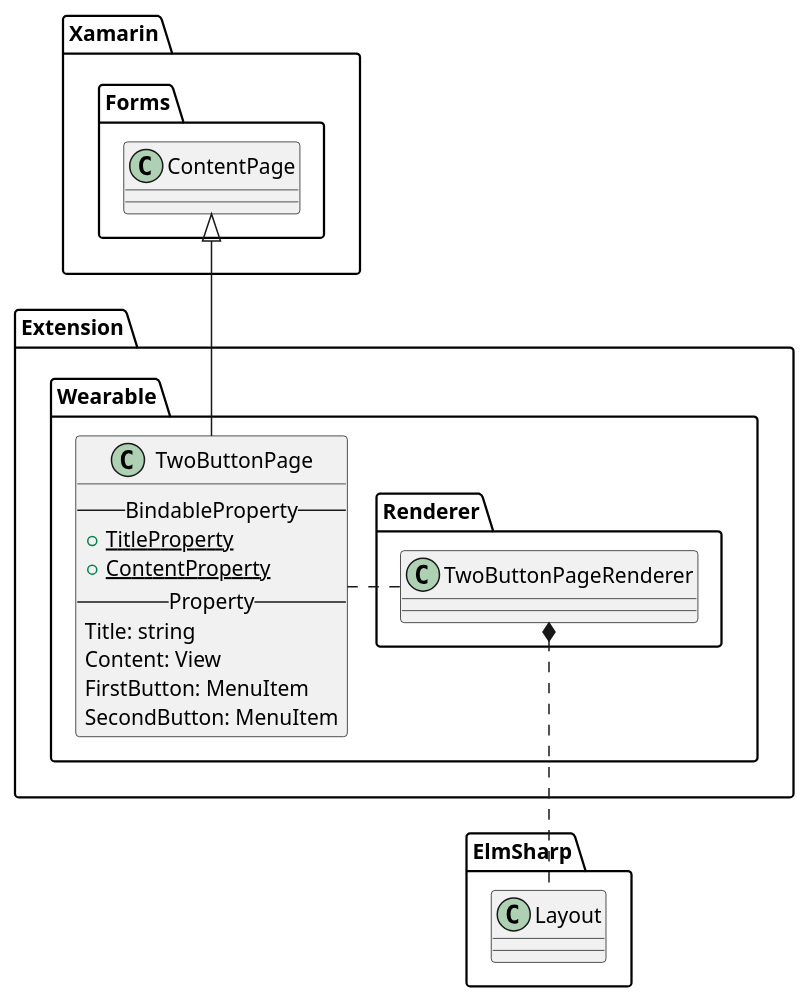
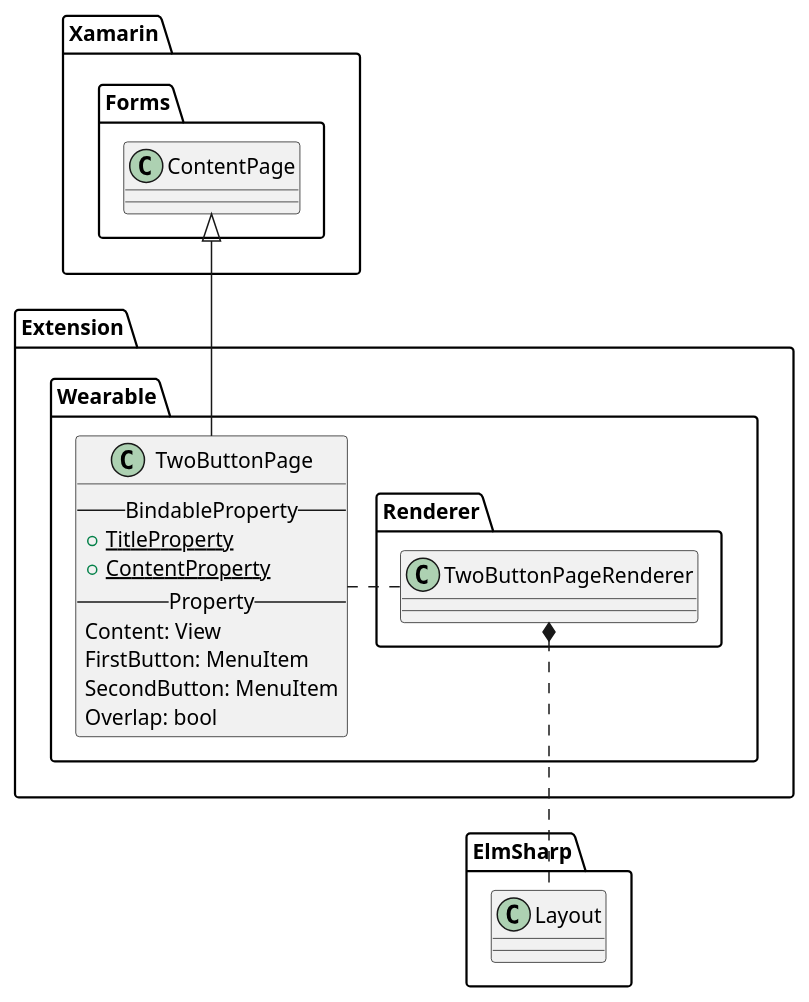
One commit to Samsung/Tizen.CircularUI changed diagram 14 of 19 in doc/design/uml/CirclePage.wsd. Above: the diagram before and after it, drawn with PlantUML. The commit also changed 19 other files, not shown here.

```diff
--- a/doc/design/uml/CirclePage.wsd
+++ b/doc/design/uml/CirclePage.wsd
@@ -404,33 +404,33 @@
 @startuml TwoButtonPage.png
 
 package "Xamarin.Forms" {
     class ContentPage
 }
 
 package "Extension.Wearable" {
     class TwoButtonPage {
         --BindableProperty--
         {static} +TitleProperty
         {static} +ContentProperty
         --Property--
-        Title: string
         Content: View
         FirstButton: MenuItem
         SecondButton: MenuItem
+        Overlap: bool
     }
 
     TwoButtonPage -u-|> ContentPage 
 }
 
 package "Extension.Wearable.Renderer" {
     class TwoButtonPageRenderer
 
     TwoButtonPageRenderer .l. TwoButtonPage
 }
 
 package "ElmSharp" {
     class Layout
     TwoButtonPageRenderer *.. Layout
 }
 
 @enduml
```
